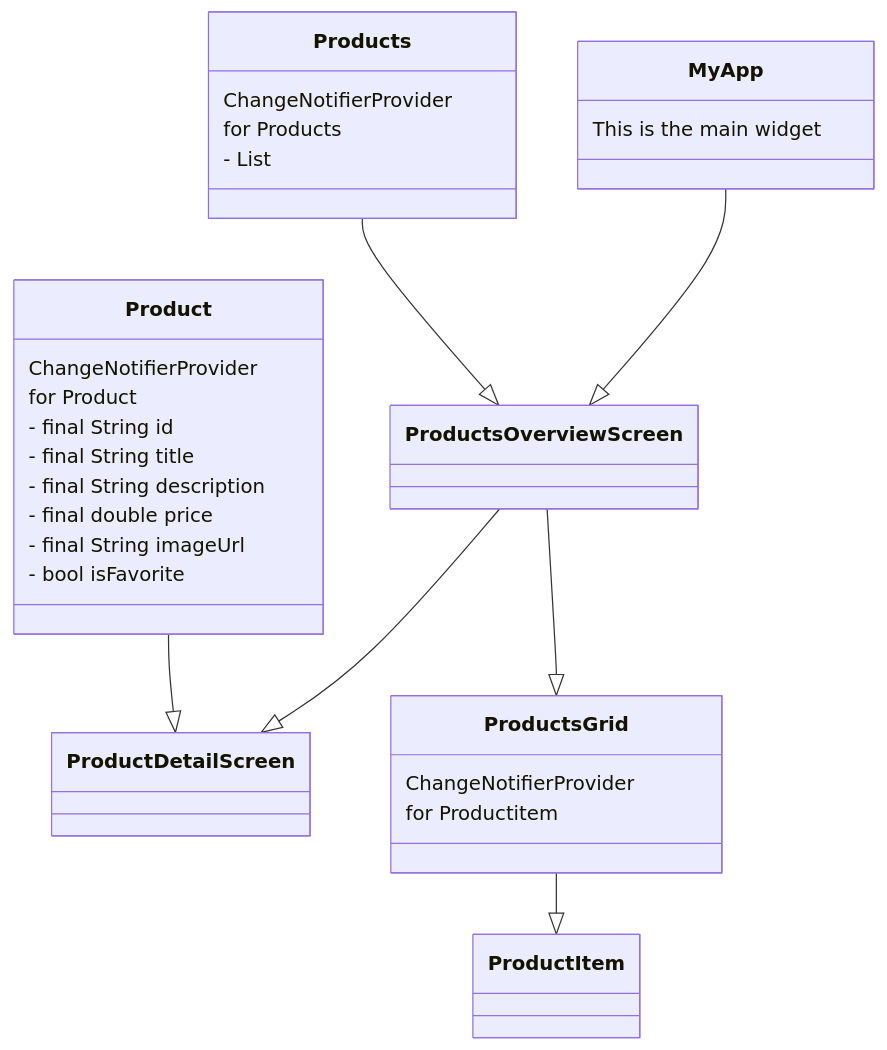
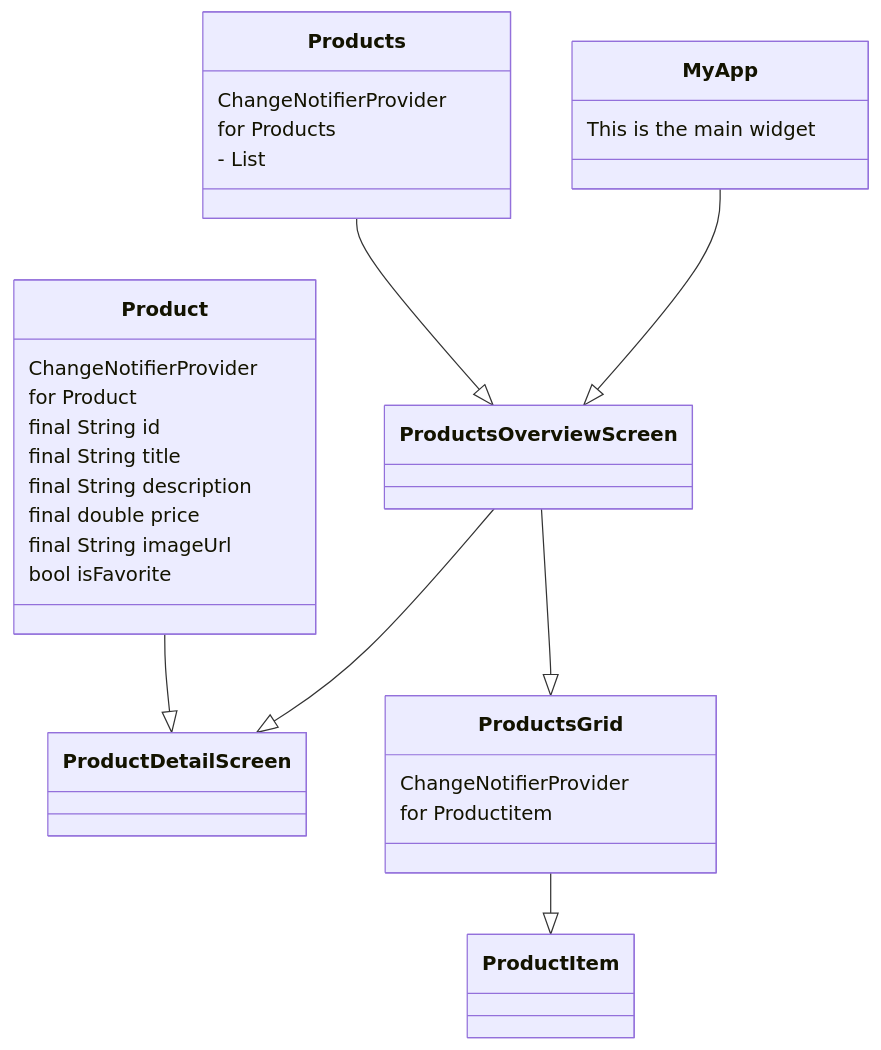
One commit to grazzhopper/shop changed the diagram in README.md. Above: the diagram before and after it, drawn with Mermaid.

````diff
--- a/README.md
+++ b/README.md
@@ -17,31 +17,31 @@
 ```mermaid
 classDiagram
 	MyApp --|> ProductsOverviewScreen
 	class MyApp{
 	This is the main widget
 	}
 	ProductsOverviewScreen --|> ProductDetailScreen
 	class Products{
 		ChangeNotifierProvider
 		for Products
 		- List<Product>
 	}
 	class Product{
 		ChangeNotifierProvider
 		for Product
-		- final String id
-		- final String title
-		- final String description
-		- final double price
-		- final String imageUrl
-		- bool isFavorite
+		final String id
+		final String title
+		final String description
+		final double price
+		final String imageUrl
+		bool isFavorite
 	}
 	Products --|> ProductsOverviewScreen
 	Product --|> ProductDetailScreen
 	ProductsOverviewScreen --|> ProductsGrid
 	ProductsGrid --|> ProductItem
 	class ProductsGrid {
 		ChangeNotifierProvider
 		for Productitem
 	}
 ```
````
